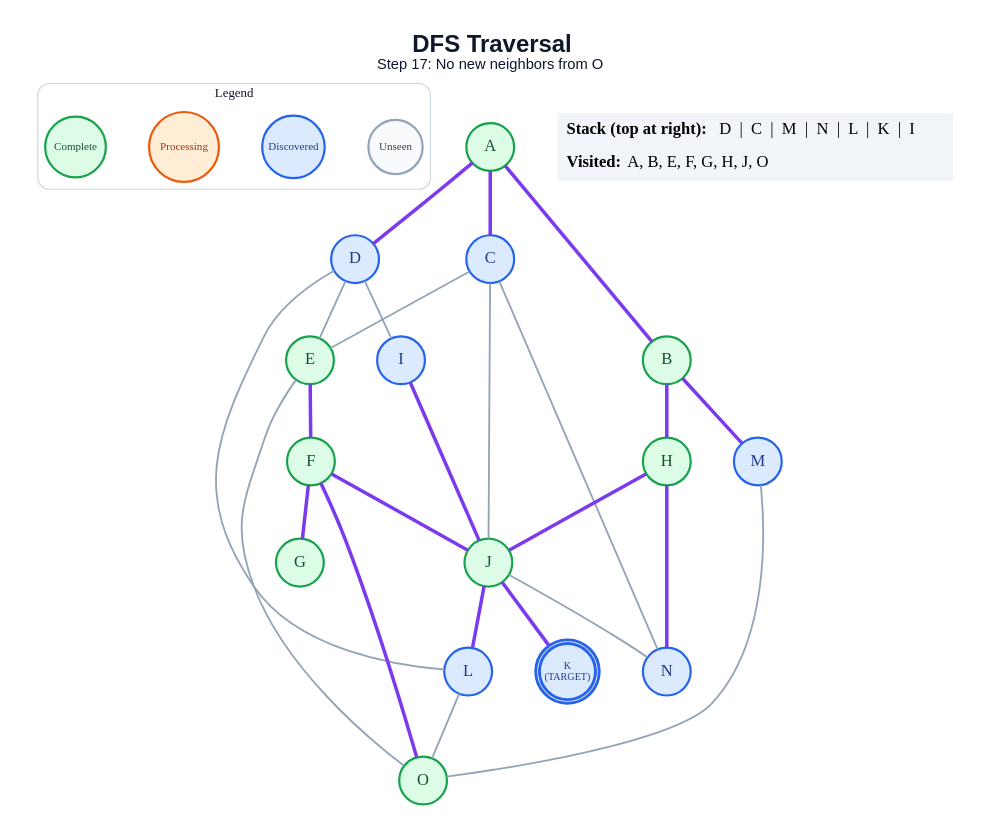
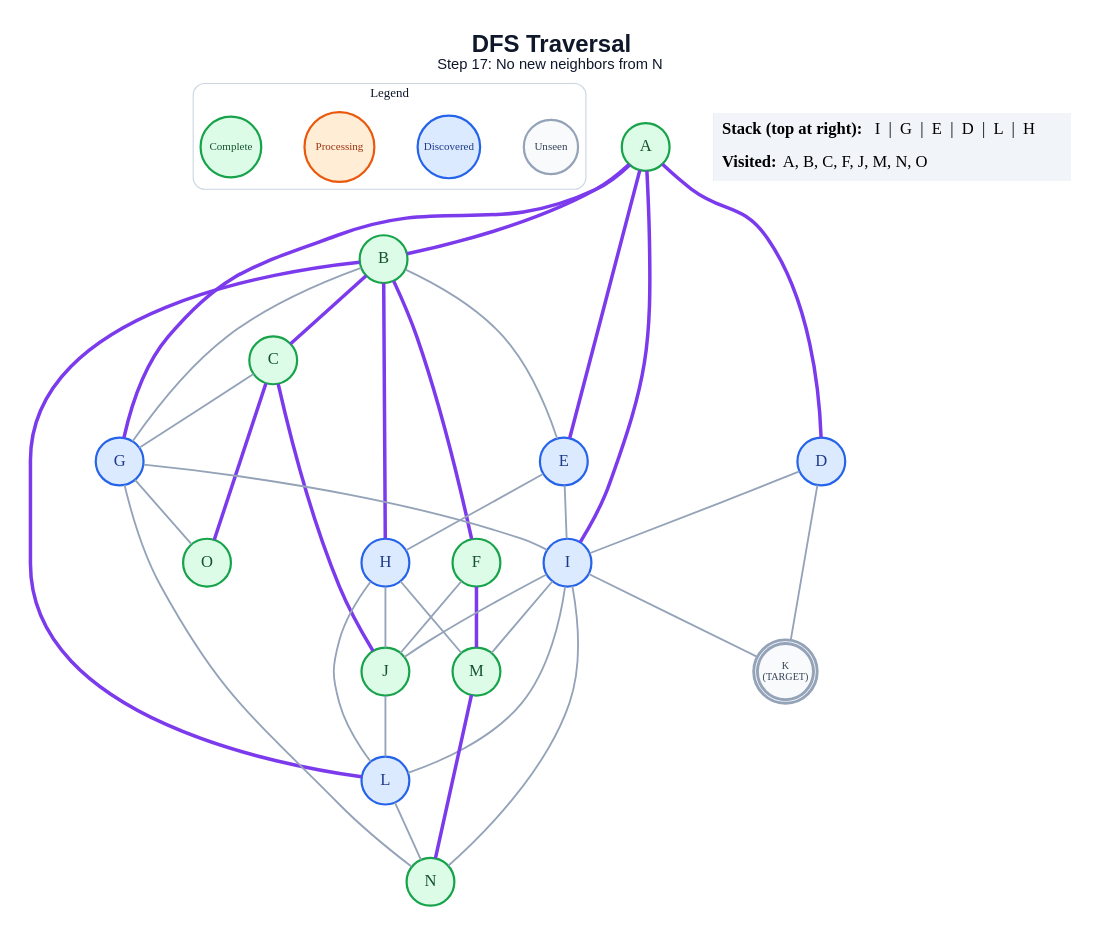
Before and after one commit to anon7238593-create/ai-slop: the diagram in generated/specific-node/dfs/step_17.dot, drawn with Graphviz. The commit also changed 313 other files, not shown here.

```diff
--- a/generated/specific-node/dfs/step_17.dot
+++ b/generated/specific-node/dfs/step_17.dot
@@ -1,58 +1,68 @@
 graph traversal {
   graph [layout=dot, rankdir=TB, bgcolor="#FFFFFF", pad="0.35", nodesep="0.65", ranksep="0.8", fontname="Arial"];
   node [shape=circle, style="filled", fontname="Arial Bold", fontsize=18, width=0.72, fixedsize=true, penwidth=2.4];
   edge [color="#94A3B8", penwidth=2.0];
-  label=<<B>DFS Traversal</B><BR/><FONT POINT-SIZE="16">Step 17: No new neighbors from O</FONT>>; labelloc="t"; fontsize=26; fontname="Arial"; fontcolor="#0F172A";
+  label=<<B>DFS Traversal</B><BR/><FONT POINT-SIZE="16">Step 17: No new neighbors from N</FONT>>; labelloc="t"; fontsize=26; fontname="Arial"; fontcolor="#0F172A";
   subgraph cluster_legend { label="Legend"; color="#CBD5E1"; penwidth=1.2; style="rounded"; fontsize=14; fontname="Arial Bold";
     key_unseen [label="Unseen", fillcolor="#F8FAFC", color="#94A3B8", fontcolor="#334155", fontsize=12, width=0.82];
     key_frontier [label="Discovered", fillcolor="#DBEAFE", color="#2563EB", fontcolor="#1E3A8A", fontsize=12, width=0.95];
     key_current [label="Processing", fillcolor="#FFEDD5", color="#EA580C", fontcolor="#9A3412", fontsize=12, width=1.05];
     key_done [label="Complete", fillcolor="#DCFCE7", color="#16A34A", fontcolor="#14532D", fontsize=12, width=0.92];
     { rank=same; key_unseen; key_frontier; key_current; key_done; }
   }
   A [label="A", fillcolor="#DCFCE7", color="#16A34A", fontcolor="#14532D", peripheries=1, penwidth=2.4];
   B [label="B", fillcolor="#DCFCE7", color="#16A34A", fontcolor="#14532D", peripheries=1, penwidth=2.4];
-  C [label="C", fillcolor="#DBEAFE", color="#2563EB", fontcolor="#1E3A8A", peripheries=1, penwidth=2.4];
+  C [label="C", fillcolor="#DCFCE7", color="#16A34A", fontcolor="#14532D", peripheries=1, penwidth=2.4];
   D [label="D", fillcolor="#DBEAFE", color="#2563EB", fontcolor="#1E3A8A", peripheries=1, penwidth=2.4];
-  E [label="E", fillcolor="#DCFCE7", color="#16A34A", fontcolor="#14532D", peripheries=1, penwidth=2.4];
+  E [label="E", fillcolor="#DBEAFE", color="#2563EB", fontcolor="#1E3A8A", peripheries=1, penwidth=2.4];
   F [label="F", fillcolor="#DCFCE7", color="#16A34A", fontcolor="#14532D", peripheries=1, penwidth=2.4];
-  G [label="G", fillcolor="#DCFCE7", color="#16A34A", fontcolor="#14532D", peripheries=1, penwidth=2.4];
-  H [label="H", fillcolor="#DCFCE7", color="#16A34A", fontcolor="#14532D", peripheries=1, penwidth=2.4];
+  G [label="G", fillcolor="#DBEAFE", color="#2563EB", fontcolor="#1E3A8A", peripheries=1, penwidth=2.4];
+  H [label="H", fillcolor="#DBEAFE", color="#2563EB", fontcolor="#1E3A8A", peripheries=1, penwidth=2.4];
   I [label="I", fillcolor="#DBEAFE", color="#2563EB", fontcolor="#1E3A8A", peripheries=1, penwidth=2.4];
   J [label="J", fillcolor="#DCFCE7", color="#16A34A", fontcolor="#14532D", peripheries=1, penwidth=2.4];
-  K [label="K\n(TARGET)", fillcolor="#DBEAFE", color="#2563EB", fontcolor="#1E3A8A", peripheries=2, penwidth=3.2, fontsize=11, width=0.85, height=0.85];
+  K [label="K\n(TARGET)", fillcolor="#F8FAFC", color="#94A3B8", fontcolor="#334155", peripheries=2, penwidth=3.2, fontsize=11, width=0.85, height=0.85];
   L [label="L", fillcolor="#DBEAFE", color="#2563EB", fontcolor="#1E3A8A", peripheries=1, penwidth=2.4];
-  M [label="M", fillcolor="#DBEAFE", color="#2563EB", fontcolor="#1E3A8A", peripheries=1, penwidth=2.4];
-  N [label="N", fillcolor="#DBEAFE", color="#2563EB", fontcolor="#1E3A8A", peripheries=1, penwidth=2.4];
+  M [label="M", fillcolor="#DCFCE7", color="#16A34A", fontcolor="#14532D", peripheries=1, penwidth=2.4];
+  N [label="N", fillcolor="#DCFCE7", color="#16A34A", fontcolor="#14532D", peripheries=1, penwidth=2.4];
   O [label="O", fillcolor="#DCFCE7", color="#16A34A", fontcolor="#14532D", peripheries=1, penwidth=2.4];
   A -- B [color="#7C3AED", penwidth=3.8];
-  A -- C [color="#7C3AED", penwidth=3.8];
   A -- D [color="#7C3AED", penwidth=3.8];
+  A -- E [color="#7C3AED", penwidth=3.8];
+  A -- G [color="#7C3AED", penwidth=3.8];
+  A -- I [color="#7C3AED", penwidth=3.8];
+  B -- C [color="#7C3AED", penwidth=3.8];
+  B -- E;
+  B -- F [color="#7C3AED", penwidth=3.8];
+  B -- G;
   B -- H [color="#7C3AED", penwidth=3.8];
-  B -- M [color="#7C3AED", penwidth=3.8];
-  C -- E;
-  C -- J;
-  C -- N;
-  D -- E;
+  B -- L [color="#7C3AED", penwidth=3.8];
+  C -- G;
+  C -- J [color="#7C3AED", penwidth=3.8];
+  C -- O [color="#7C3AED", penwidth=3.8];
   D -- I;
-  D -- L;
-  E -- F [color="#7C3AED", penwidth=3.8];
-  E -- O;
-  F -- G [color="#7C3AED", penwidth=3.8];
-  F -- J [color="#7C3AED", penwidth=3.8];
-  F -- O [color="#7C3AED", penwidth=3.8];
-  H -- J [color="#7C3AED", penwidth=3.8];
-  H -- N [color="#7C3AED", penwidth=3.8];
-  I -- J [color="#7C3AED", penwidth=3.8];
-  J -- K [color="#7C3AED", penwidth=3.8];
-  J -- L [color="#7C3AED", penwidth=3.8];
-  J -- N;
-  L -- O;
-  M -- O;
+  D -- K;
+  E -- H;
+  E -- I;
+  F -- J;
+  F -- M [color="#7C3AED", penwidth=3.8];
+  G -- I;
+  G -- N;
+  G -- O;
+  H -- J;
+  H -- L;
+  H -- M;
+  I -- J;
+  I -- K;
+  I -- L;
+  I -- M;
+  I -- N;
+  J -- L;
+  L -- N;
+  M -- N [color="#7C3AED", penwidth=3.8];
   status [shape=plain, fixedsize=false, width=0, height=0, margin=0, label=<
     <TABLE BORDER="0" CELLBORDER="0" CELLPADDING="7" BGCOLOR="#F1F5F9">
-      <TR><TD ALIGN="LEFT"><B>Stack (top at right):</B> D  |  C  |  M  |  N  |  L  |  K  |  I</TD></TR>
-      <TR><TD ALIGN="LEFT"><B>Visited:</B> A, B, E, F, G, H, J, O</TD></TR>
+      <TR><TD ALIGN="LEFT"><B>Stack (top at right):</B> I  |  G  |  E  |  D  |  L  |  H</TD></TR>
+      <TR><TD ALIGN="LEFT"><B>Visited:</B> A, B, C, F, J, M, N, O</TD></TR>
     </TABLE>
   >];
 }
```
